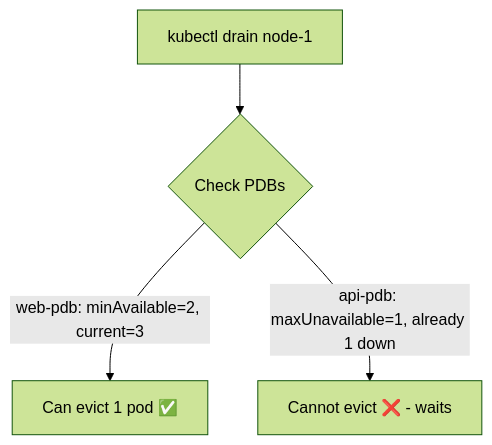
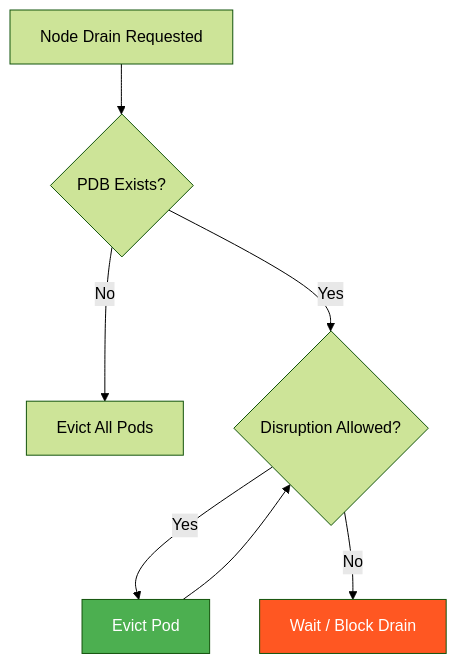
Before and after one commit to greg4fun/kubernetesrecipes.github.io: the diagram in src/content/recipes/kubernetes-pod-disruption-budget.md, drawn with Mermaid (forest theme). The commit also changed other lines of this file and 9 other files, not shown here.

````diff
--- a/src/content/recipes/kubernetes-pod-disruption-budget.md
+++ b/src/content/recipes/kubernetes-pod-disruption-budget.md
@@ -75,6 +130,12 @@
 ```mermaid
 graph TD
-    A[kubectl drain node-1] --> B{Check PDBs}
-    B -->|web-pdb: minAvailable=2, current=3| C[Can evict 1 pod ✅]
-    B -->|api-pdb: maxUnavailable=1, already 1 down| D[Cannot evict ❌ - waits]
+    A[Node Drain Requested] --> B{PDB Exists?}
+    B --> |No| C[Evict All Pods]
+    B --> |Yes| D{Disruption Allowed?}
+    D --> |Yes| E[Evict Pod]
+    D --> |No| F[Wait / Block Drain]
+    E --> D
+    
+    style F fill:#FF5722,color:white
+    style E fill:#4CAF50,color:white
 ```
````
